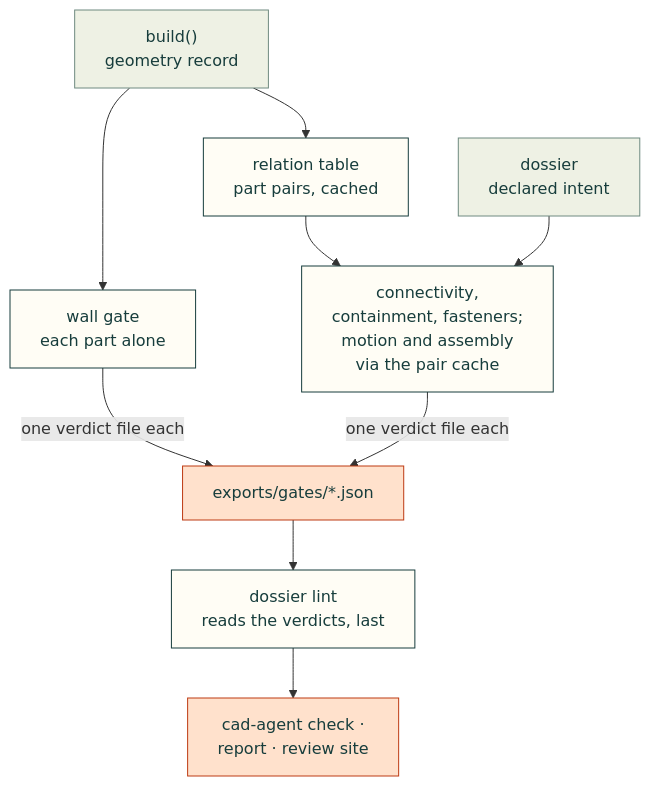
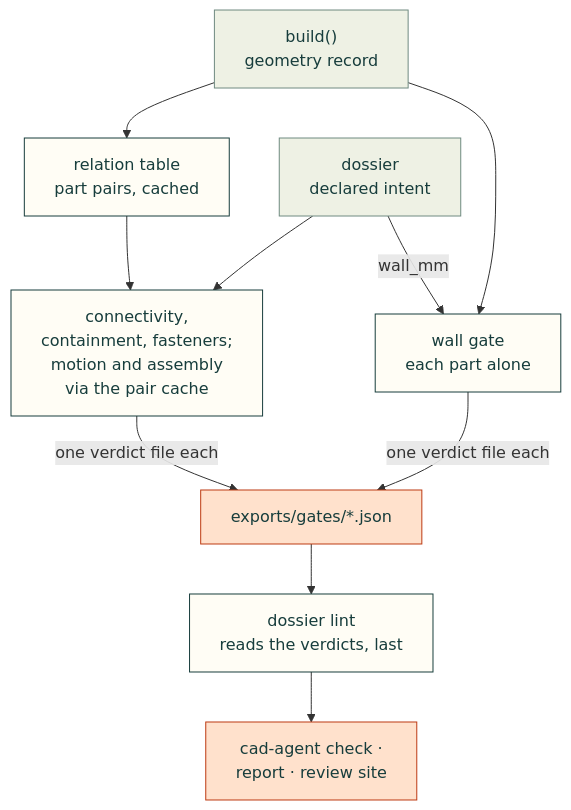
One commit to Valpatel/cad-agent changed the diagram in docs/gates.md. Above: the diagram before and after it, drawn with Mermaid. The commit also changed 8 other files, not shown here.

First line of the commit message:
Answer the second #124 review: palette in the parsed diagram, data-sheet rows only

````diff
--- a/docs/gates.md
+++ b/docs/gates.md
@@ -12,16 +12,17 @@
 ```mermaid
 flowchart TD
     B["build()<br/>geometry record"] --> T["relation table<br/>part pairs, cached"]
     B --> W["wall gate<br/>each part alone"]
     T --> G["connectivity,<br/>containment, fasteners;<br/>motion and assembly<br/>via the pair cache"]
     D["dossier<br/>declared intent"] --> G
+    D -->|"wall_mm"| W
     W & G -->|"one verdict file each"| V["exports/gates/*.json"]
     V --> Li["dossier lint<br/>reads the verdicts, last"]
     Li --> S["cad-agent check ·<br/>report · review site"]
     classDef here fill:#fffdf5,stroke:#173d3c,color:#173d3c
     classDef near fill:#eef1e4,stroke:#6f8a80,color:#173d3c
     classDef out fill:#ffe1cc,stroke:#bd3a12,color:#173d3c
     class T,G,W,Li here
     class B,D near
     class V,S out
 ```
````
